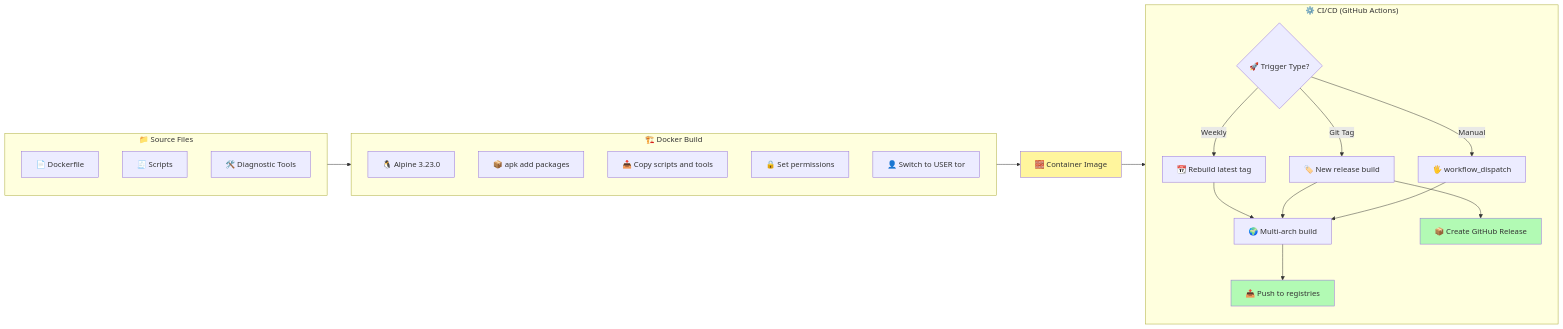
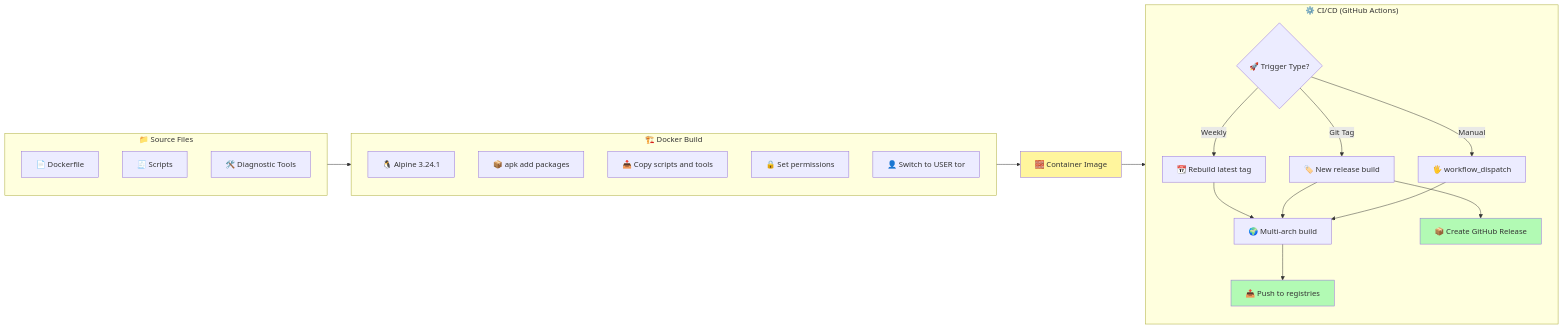
One commit to r3bo0tbx1/tor-guard-relay changed diagram 12 of 13 in docs/ARCHITECTURE.md. Above: the diagram before and after it, drawn with Mermaid. The commit also changed 12 other files, not shown here.

````diff
--- a/docs/ARCHITECTURE.md
+++ b/docs/ARCHITECTURE.md
@@ -832,38 +832,38 @@
 ```mermaid
 flowchart LR
     subgraph Source["📁 Source Files"]
         Dockerfile[📄 Dockerfile]
         Scripts[🧾 Scripts]
         Tools[🛠️ Diagnostic Tools]
     end
 
     subgraph Build["🏗️ Docker Build"]
-        Alpine[🐧 Alpine 3.23.0]
+        Alpine[🐧 Alpine 3.24.1]
         Install[📦 apk add packages]
         Copy[📥 Copy scripts and tools]
         Perms[🔒 Set permissions]
         User[👤 Switch to USER tor]
     end
 
     subgraph CI["⚙️ CI/CD (GitHub Actions)"]
         Trigger{🚀 Trigger Type?}
         Trigger -->|Weekly| Weekly[📆 Rebuild latest tag]
         Trigger -->|Git Tag| Release[🏷️ New release build]
         Trigger -->|Manual| Manual[🖐 workflow_dispatch]
 
         Weekly --> MultiArch[🌍 Multi-arch build]
         Release --> MultiArch
         Manual --> MultiArch
 
         MultiArch --> Push[📤 Push to registries]
         Release --> GHRelease[📦 Create GitHub Release]
     end
 
     Source --> Build
     Build --> Image[🧱 Container Image]
     Image --> CI
 
     style Image fill:#fff59d
     style Push fill:#b2fab4
     style GHRelease fill:#b2fab4
 ```
````
